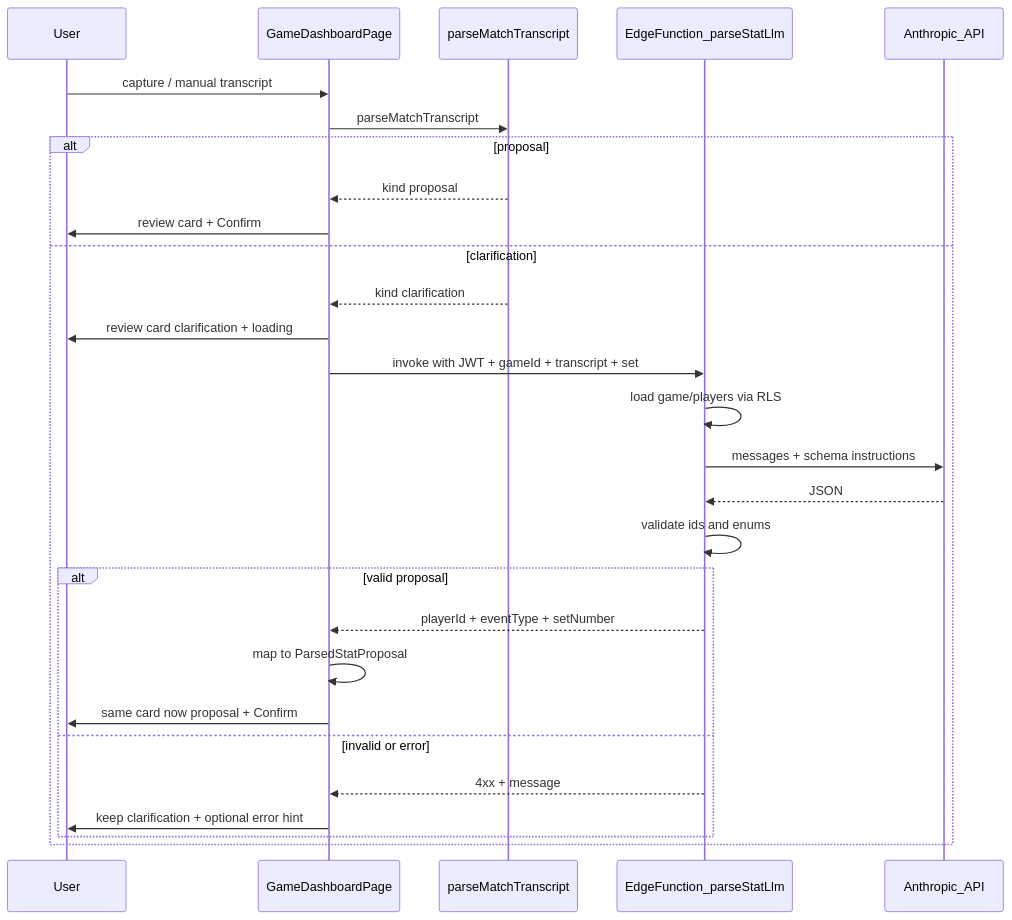
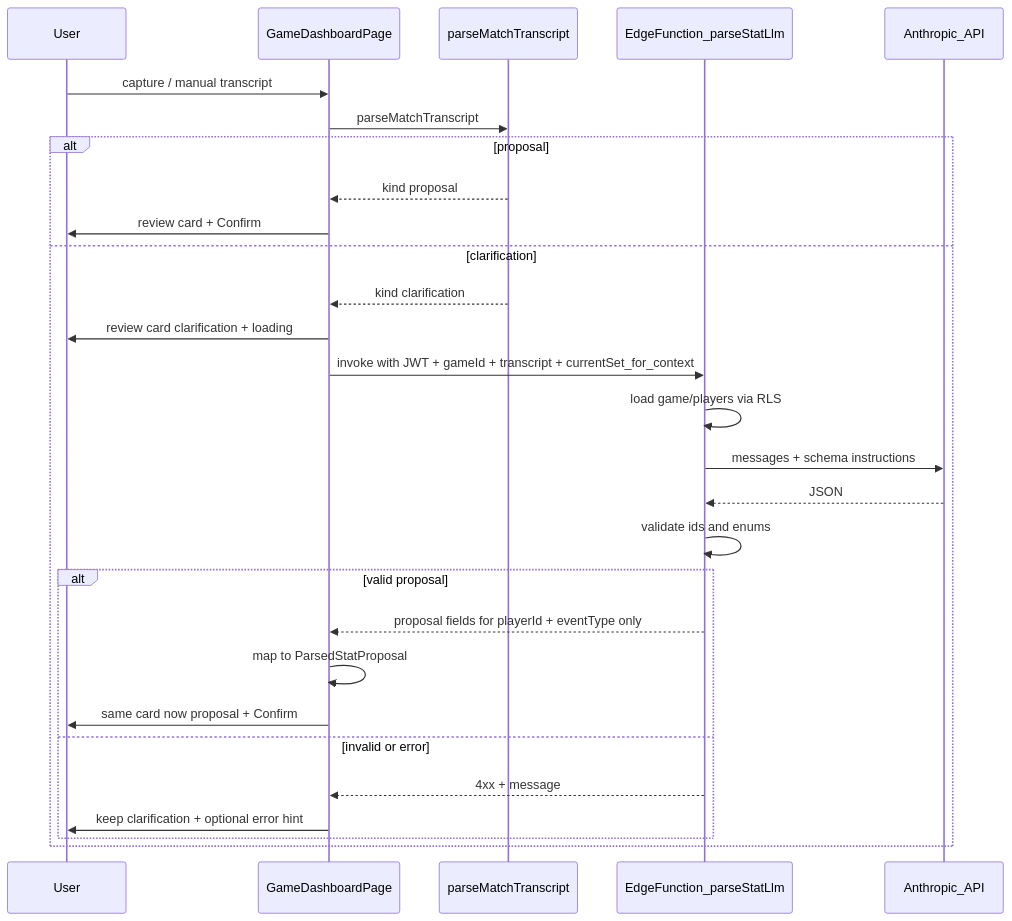
One commit to pvance14/WhisperStat changed the diagram in ai/roadmaps/2026-04-04_llm_narrow_fallback_behind_deterministic_parser_sub_plan.md. Above: the diagram before and after it, drawn with Mermaid. The commit also changed other lines of this file and 3 other files, not shown here.

Commit message:
changed the llm roadmaps and added the multi event parsing maps and plans

````diff
--- a/ai/roadmaps/2026-04-04_llm_narrow_fallback_behind_deterministic_parser_sub_plan.md
+++ b/ai/roadmaps/2026-04-04_llm_narrow_fallback_behind_deterministic_parser_sub_plan.md
@@ -38,31 +40,31 @@
 ```mermaid
 sequenceDiagram
   participant User
   participant Dashboard as GameDashboardPage
   participant Rules as parseMatchTranscript
   participant Edge as EdgeFunction_parseStatLlm
   participant Claude as Anthropic_API
 
   User->>Dashboard: capture / manual transcript
   Dashboard->>Rules: parseMatchTranscript
   alt proposal
     Rules-->>Dashboard: kind proposal
     Dashboard->>User: review card + Confirm
   else clarification
     Rules-->>Dashboard: kind clarification
     Dashboard->>User: review card clarification + loading
-    Dashboard->>Edge: invoke with JWT + gameId + transcript + set
+    Dashboard->>Edge: invoke with JWT + gameId + transcript + currentSet_for_context
     Edge->>Edge: load game/players via RLS
     Edge->>Claude: messages + schema instructions
     Claude-->>Edge: JSON
     Edge->>Edge: validate ids and enums
     alt valid proposal
-      Edge-->>Dashboard: playerId + eventType + setNumber
+      Edge-->>Dashboard: proposal fields for playerId + eventType only
       Dashboard->>Dashboard: map to ParsedStatProposal
       Dashboard->>User: same card now proposal + Confirm
     else invalid or error
       Edge-->>Dashboard: 4xx + message
       Dashboard->>User: keep clarification + optional error hint
     end
   end
 ```
````
